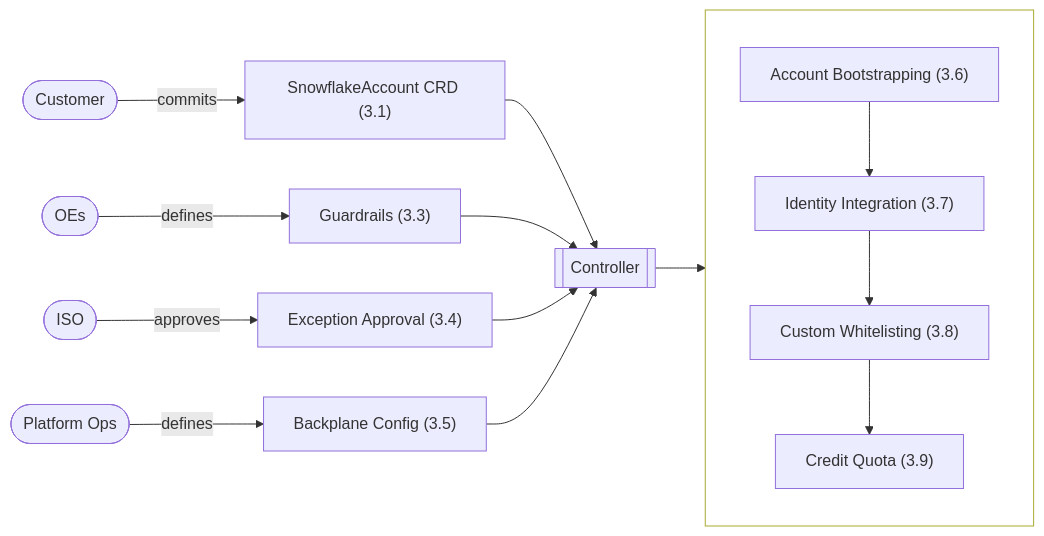
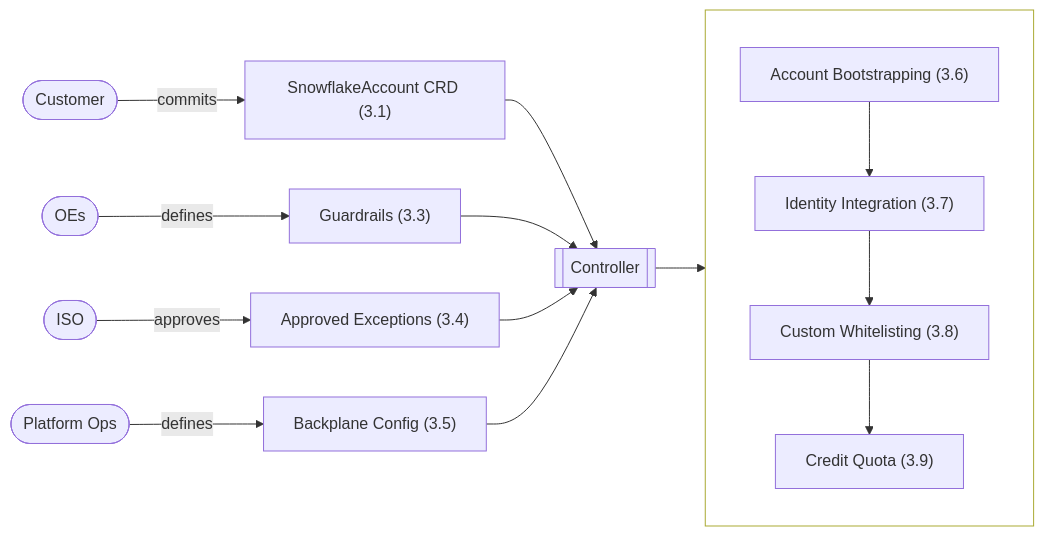
One commit to allianz/yukimi changed the first of 2 diagrams in specs/design.md. Above: the diagram before and after it, drawn with Mermaid. The commit also changed other lines of this file, not shown here.

````diff
--- a/specs/design.md
+++ b/specs/design.md
@@ -141,23 +143,23 @@
 ```mermaid
 flowchart LR
     Customer([Customer]) -->|commits| CRD["SnowflakeAccount CRD (3.1)"]
     OEs([OEs]) -->|defines| Guardrails["Guardrails (3.3)"]
-    ISO([ISO]) -->|approves| Exceptions["Exception Approval (3.4)"]
+    ISO([ISO]) -->|approves| Exceptions["Approved Exceptions (3.4)"]
     Ops([Platform Ops]) -->|defines| BackplaneConfig["Backplane Config (3.5)"]
 
     CRD --> Controller[[Controller]]
     Guardrails --> Controller
     Exceptions --> Controller
     BackplaneConfig --> Controller
 
     Controller --> CreateFlow
 
     subgraph createFlowGroup [" "]
         direction TB
         CreateFlow["Account Bootstrapping (3.6)"] --> IdentityIntegration["Identity Integration (3.7)"]
         IdentityIntegration --> Whitelisting["Custom Whitelisting (3.8)"]
         Whitelisting --> CreditQuota["Credit Quota (3.9)"]
     end
 
     style createFlowGroup fill:transparent
 ```
````
